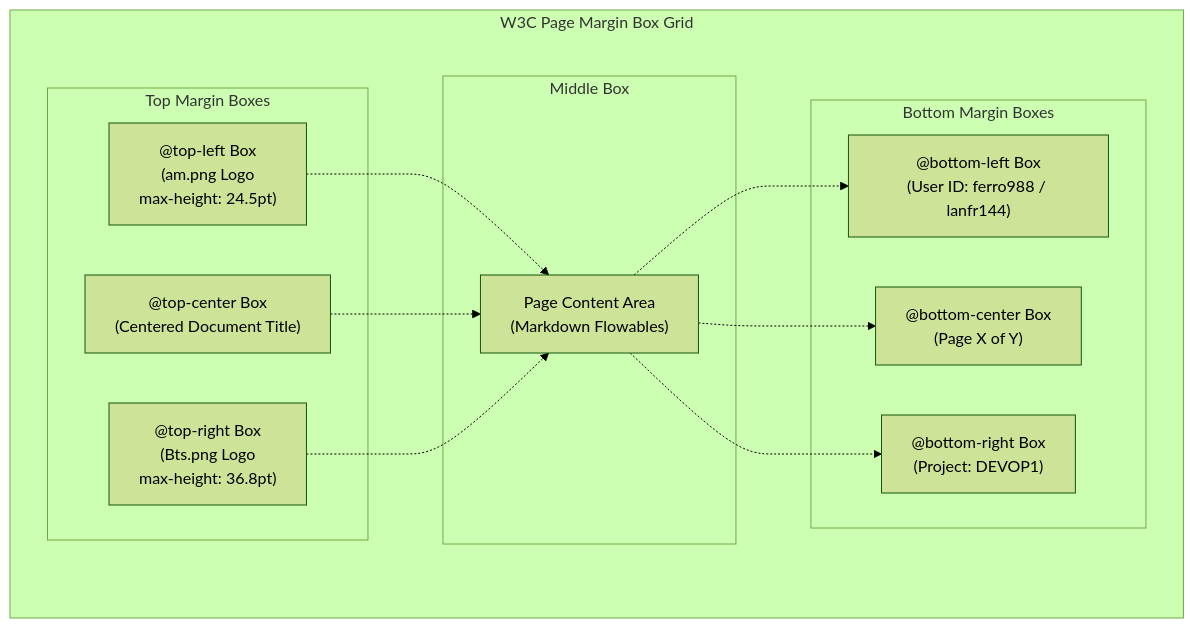
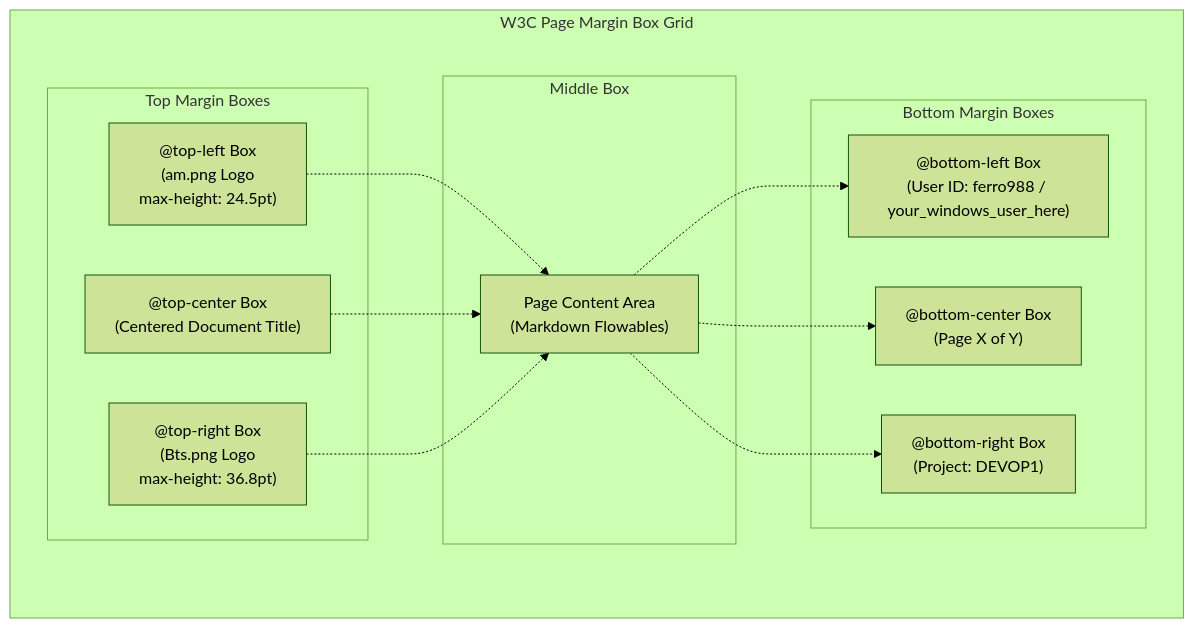
The diagram in docs/Header_Footer_Gemini.md (lanfr144/DEVOP1), drawn with Mermaid (forest theme) before and after one commit. The commit also changed other lines of this file and 62 other files, not shown here.

````diff
--- a/docs/Header_Footer_Gemini.md
+++ b/docs/Header_Footer_Gemini.md
@@ -15,27 +15,27 @@
 ```mermaid
 graph TD
     subgraph Page Box [W3C Page Margin Box Grid]
         subgraph Top Margin Boxes
             TopLeft["@top-left Box<br/>(am.png Logo<br/>max-height: 24.5pt)"]
             TopCenter["@top-center Box<br/>(Centered Document Title)"]
             TopRight["@top-right Box<br/>(Bts.png Logo<br/>max-height: 36.8pt)"]
         end
         
         subgraph Middle Box
             MainPage["Page Content Area<br/>(Markdown Flowables)"]
         end
         
         subgraph Bottom Margin Boxes
-            BottomLeft["@bottom-left Box<br/>(User ID: ferro988 / lanfr144)"]
+            BottomLeft["@bottom-left Box<br/>(User ID: ferro988 / your_windows_user_here)"]
             BottomCenter["@bottom-center Box<br/>(Page X of Y)"]
             BottomRight["@bottom-right Box<br/>(Project: DEVOP1)"]
         end
     end
     
     TopLeft -.-> MainPage
     TopCenter -.-> MainPage
     TopRight -.-> MainPage
     MainPage -.-> BottomLeft
     MainPage -.-> BottomCenter
     MainPage -.-> BottomRight
 ```
````
